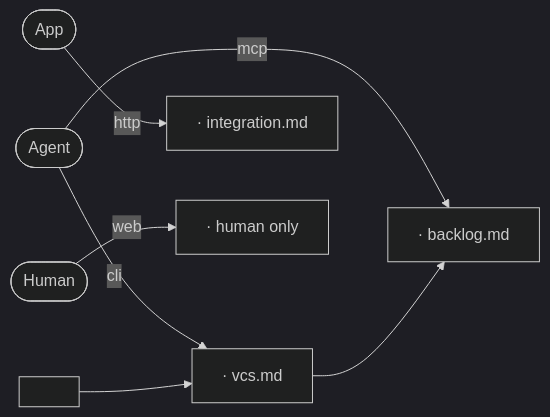
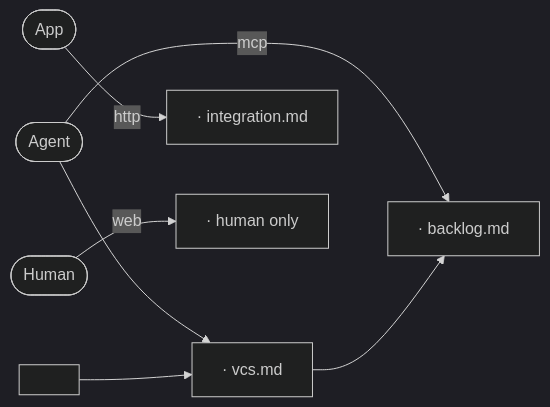
Before and after one commit to ai-driven-dev/framework: the diagram in plugins/aidd-context/skills/02-project-memory/assets/templates/memory/ecosystem/ecosystem.md, drawn with Mermaid (dark theme). The commit also changed other lines of this file and 4 other files, not shown here.

````diff
--- a/plugins/aidd-context/skills/02-project-memory/assets/templates/memory/ecosystem/ecosystem.md
+++ b/plugins/aidd-context/skills/02-project-memory/assets/templates/memory/ecosystem/ecosystem.md
@@ -3,19 +3,19 @@
 ```mermaid
 flowchart LR
   Human([Human])
   Agent([Agent])
   App([App])
   Vcs["<vcs platform> · vcs.md"]
   Tracker["<tracker> · backlog.md"]
   Service["<runtime service> · integration.md"]
   Chat["<tool> · human only"]
   Bot["<autonomous tool>"]
 
-  Agent -- cli --> Vcs
+  Agent -- "<command>" --> Vcs
   Agent -- mcp --> Tracker
   App -- http --> Service
   Human -- web --> Chat
 
   Vcs -- "<trigger>" --> Tracker
   Bot -- "<trigger>" --> Vcs
 ```
````
